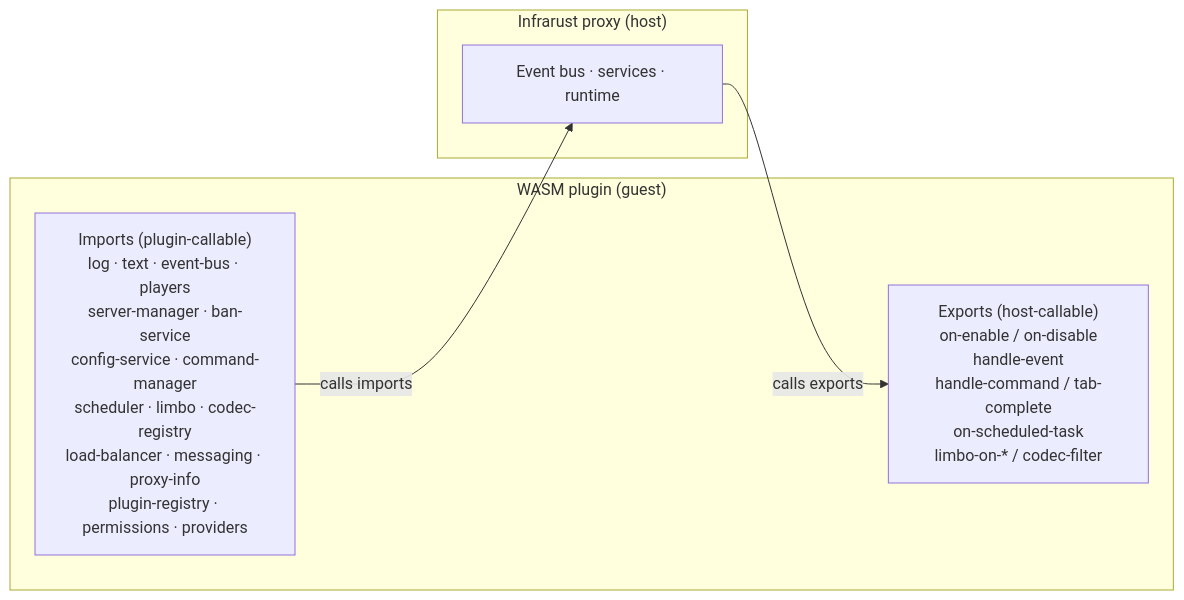
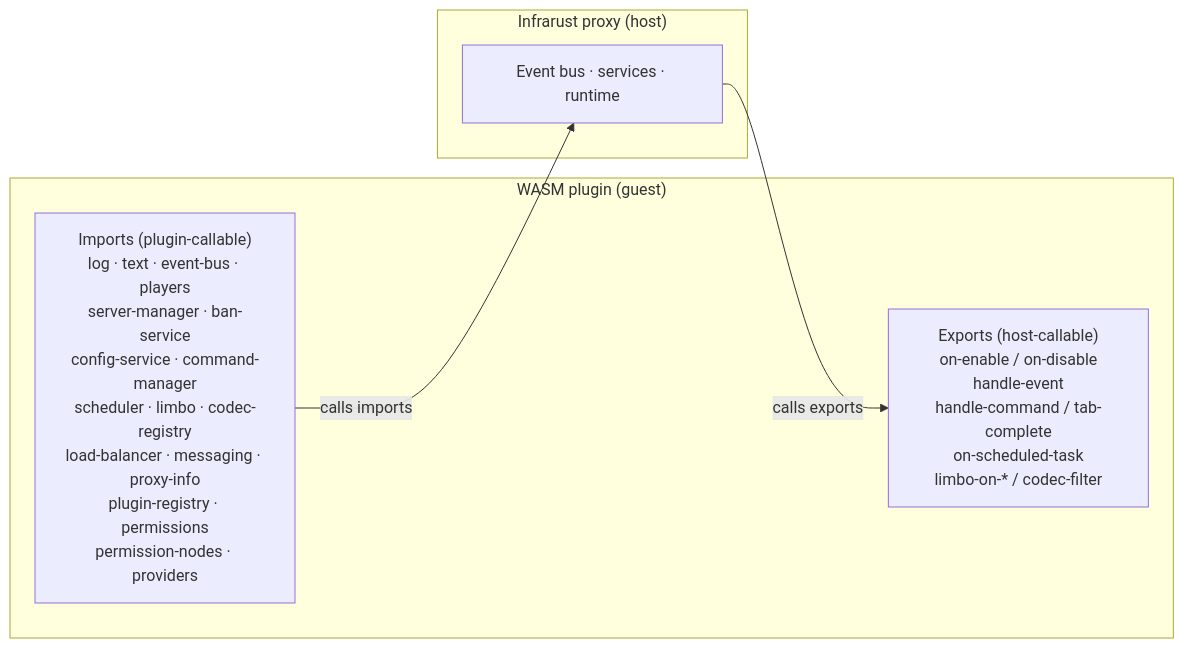
One commit to Shadowner/Infrarust changed the diagram in docs/v2/plugins/wasm/architecture.md. Above: the diagram before and after it, drawn with Mermaid. The commit also changed other lines of this file and 33 other files, not shown here.

First line of the commit message:
feat(wasm): let WASM plugins register and read permission nodes

````diff
--- a/docs/v2/plugins/wasm/architecture.md
+++ b/docs/v2/plugins/wasm/architecture.md
@@ -76,12 +77,12 @@
 ```mermaid
 flowchart LR
     subgraph Guest["WASM plugin (guest)"]
         EX["Exports (host-callable)<br/>on-enable / on-disable<br/>handle-event<br/>handle-command / tab-complete<br/>on-scheduled-task<br/>limbo-on-* / codec-filter"]
-        IM["Imports (plugin-callable)<br/>log · text · event-bus · players<br/>server-manager · ban-service<br/>config-service · command-manager<br/>scheduler · limbo · codec-registry<br/>load-balancer · messaging · proxy-info<br/>plugin-registry · permissions · providers"]
+        IM["Imports (plugin-callable)<br/>log · text · event-bus · players<br/>server-manager · ban-service<br/>config-service · command-manager<br/>scheduler · limbo · codec-registry<br/>load-balancer · messaging · proxy-info<br/>plugin-registry · permissions<br/>permission-nodes · providers"]
     end
     subgraph Host["Infrarust proxy (host)"]
         H["Event bus · services · runtime"]
     end
     H -- "calls exports" --> EX
     IM -- "calls imports" --> H
 ```
````
